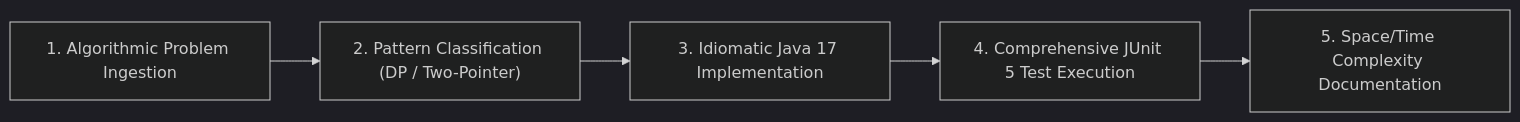
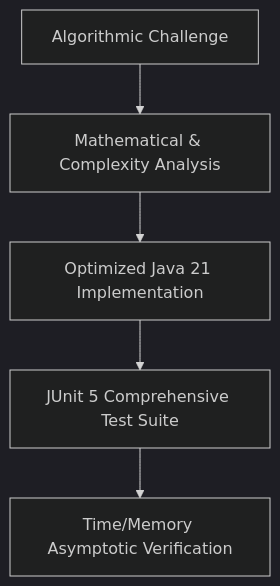
One commit to Tharun4743/Java_Leetcode changed the diagram in README.md. Above: the diagram before and after it, drawn with Mermaid (dark theme). The commit also changed other lines of this file and 3 other files, not shown here.

````diff
--- a/README.md
+++ b/README.md
@@ -75,7 +38,7 @@
 ```mermaid
-flowchart LR
-    A["1. Algorithmic Problem Ingestion"] --> B["2. Pattern Classification (DP / Two-Pointer)"]
-    B --> C["3. Idiomatic Java 17 Implementation"]
-    C --> D["4. Comprehensive JUnit 5 Test Execution"]
-    D --> E["5. Space/Time Complexity Documentation"]
+flowchart TD
+    Problem["Algorithmic Challenge"] --> Analysis["Mathematical & Complexity Analysis"]
+    Analysis --> Impl["Optimized Java 21 Implementation"]
+    Impl --> UnitTests["JUnit 5 Comprehensive Test Suite"]
+    UnitTests --> Benchmark["Time/Memory Asymptotic Verification"]
 ```
````
